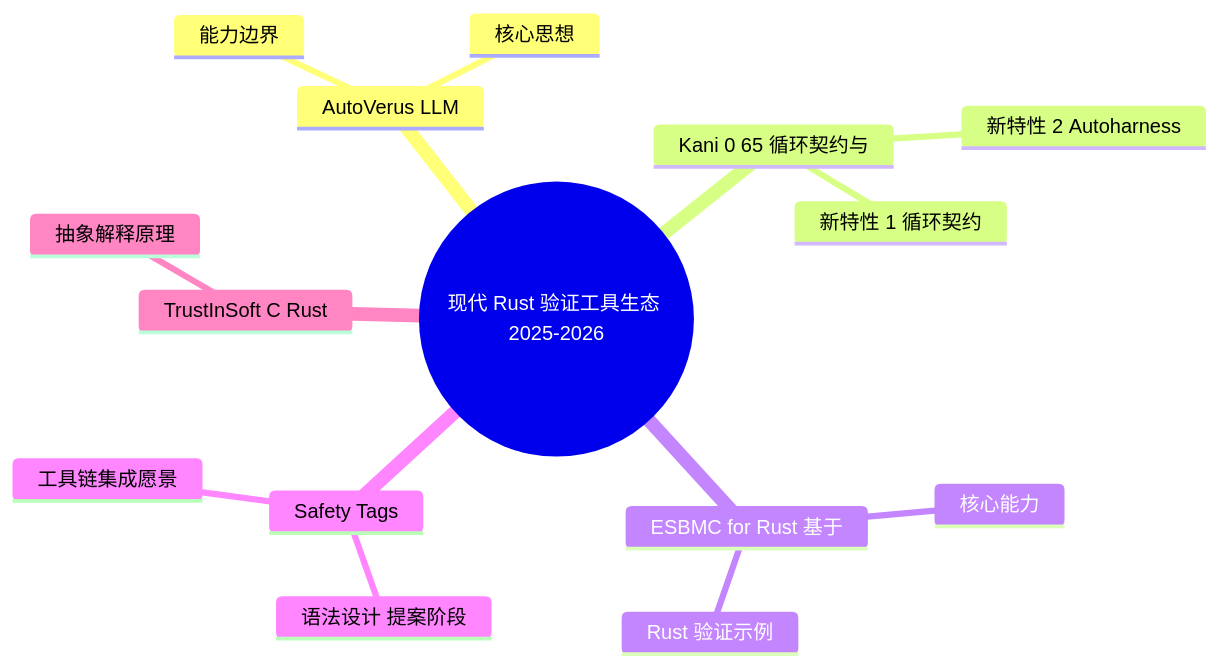
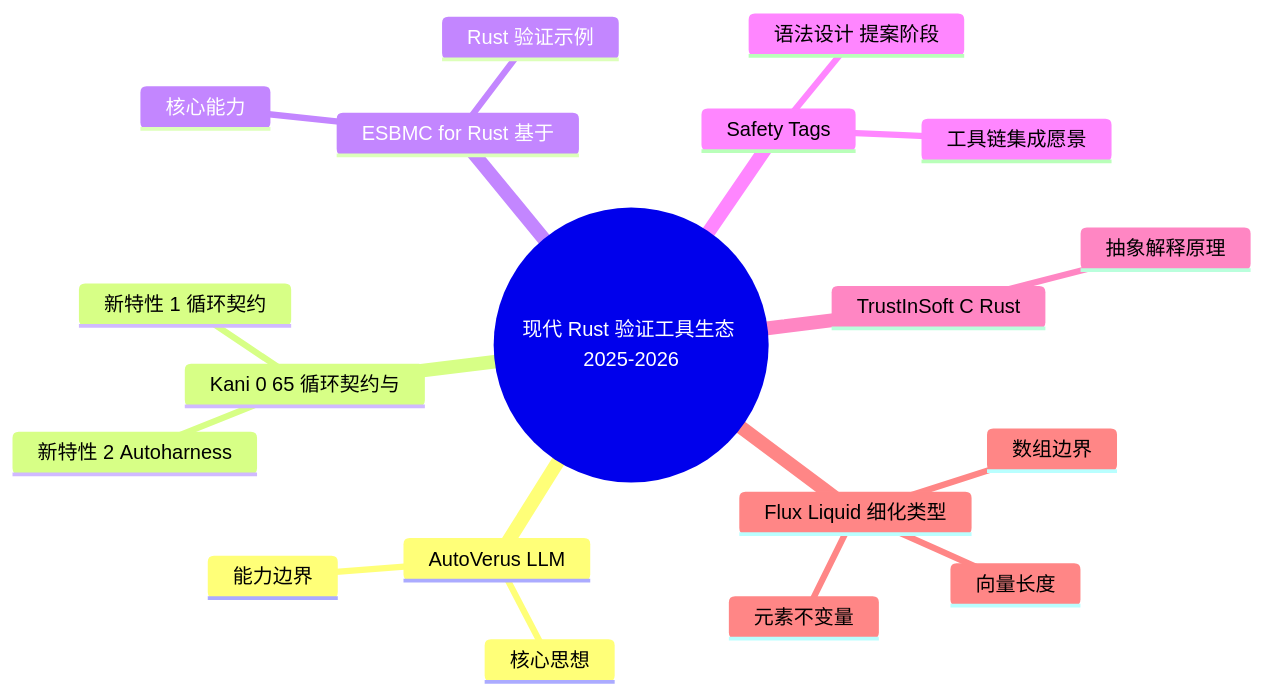
One commit to martin-ly/rust-lang changed the diagram in concept/04_formal/04_model_checking/04_modern_verification_tools.md. Above: the diagram before and after it, drawn with Mermaid. The commit also changed other lines of this file and 31 other files, not shown here.

````diff
--- a/concept/04_formal/04_model_checking/04_modern_verification_tools.md
+++ b/concept/04_formal/04_model_checking/04_modern_verification_tools.md
@@ -562,18 +567,22 @@
 ```mermaid
 mindmap
   root((现代 Rust 验证工具生态 2025-2026))
     AutoVerus LLM
       核心思想
       能力边界
     Kani 0 65 循环契约与
       新特性 1 循环契约
       新特性 2 Autoharness
     ESBMC for Rust 基于
       核心能力
       Rust 验证示例
     Safety Tags
       语法设计 提案阶段
       工具链集成愿景
     TrustInSoft C Rust
       抽象解释原理
+    Flux Liquid 细化类型
+      数组边界
+      向量长度
+      元素不变量
 ```
````
